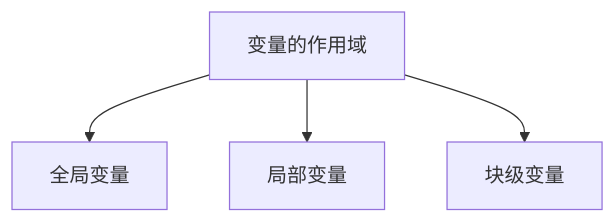
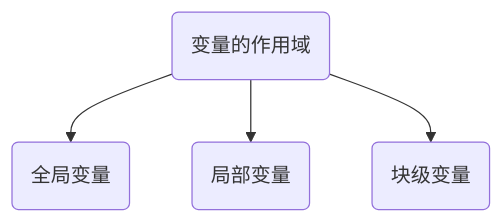
Before and after one commit to hughxusu/lesson-web: the first of 2 diagrams in docs/js/a-base/08-函数.md, drawn with Mermaid. The commit also changed other lines of this file and 14 other files, not shown here.

````diff
--- a/docs/js/a-base/08-函数.md
+++ b/docs/js/a-base/08-函数.md
@@ -142,6 +203,6 @@
 ```mermaid
 flowchart TB
-    变量的作用域 --> 全局变量
-    变量的作用域 --> 局部变量
-    变量的作用域 --> 块级变量
+    a(变量的作用域) --> b(全局变量)
+    a --> c(局部变量)
+    a --> d(块级变量)
 ```
````
